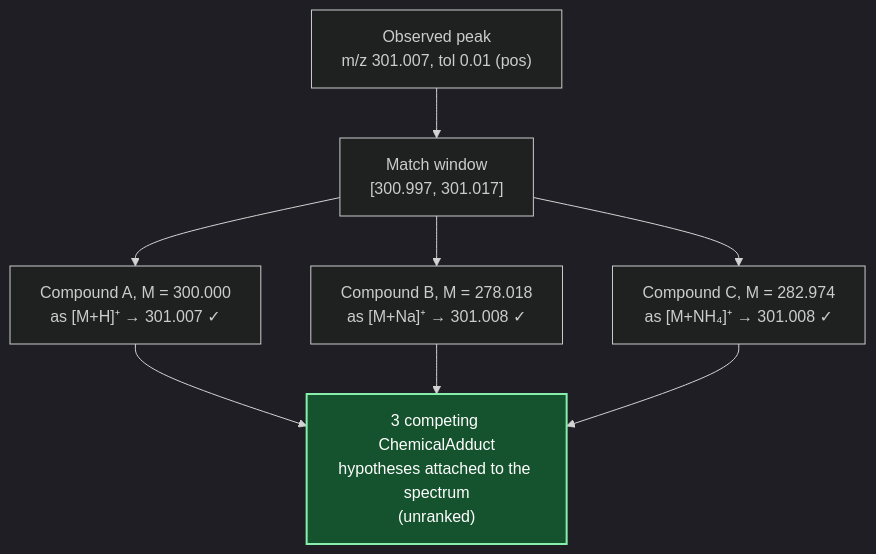
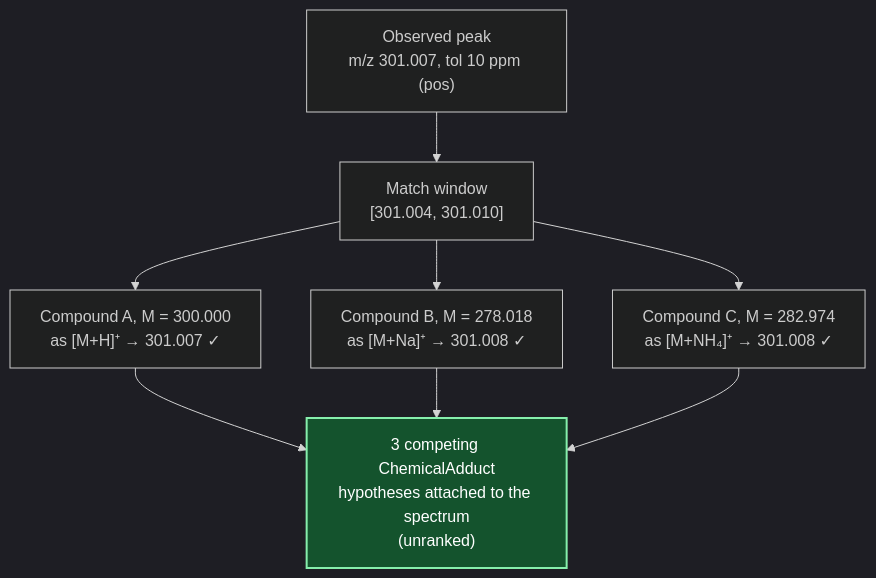
Before and after one commit to llegregam/enpkg_full: the sixth of 6 diagrams in docs/MS1_ENHANCER.md, drawn with Mermaid. The commit also changed other lines of this file and 6 other files, not shown here.

First line of the commit message:
feat(ms1): match the precursor window in ppm, not Daltons

````diff
--- a/docs/MS1_ENHANCER.md
+++ b/docs/MS1_ENHANCER.md
@@ -296,12 +301,12 @@
 ```mermaid
 %%{init: {'theme':'dark'}}%%
 flowchart TD
-    OBS["Observed peak<br/>m/z 301.007, tol 0.01 (pos)"] --> WIN["Match window<br/>[300.997, 301.017]"]
+    OBS["Observed peak<br/>m/z 301.007, tol 10 ppm (pos)"] --> WIN["Match window<br/>[301.004, 301.010]"]
     WIN --> H["Compound A, M = 300.000<br/>as [M+H]⁺ → 301.007 ✓"]
     WIN --> NA["Compound B, M = 278.018<br/>as [M+Na]⁺ → 301.008 ✓"]
     WIN --> NH["Compound C, M = 282.974<br/>as [M+NH₄]⁺ → 301.008 ✓"]
     H --> RES["3 competing ChemicalAdduct<br/>hypotheses attached to the spectrum<br/>(unranked)"]
     NA --> RES
     NH --> RES
     style RES fill:#14532d,stroke:#86efac,color:#ffffff,stroke-width:2px
 ```
````
